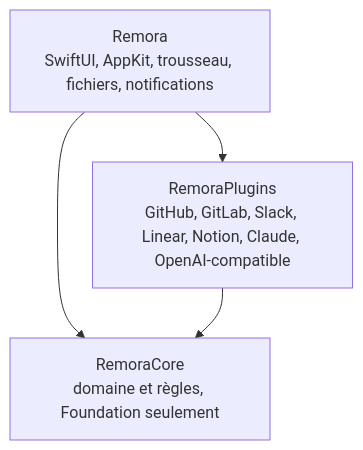
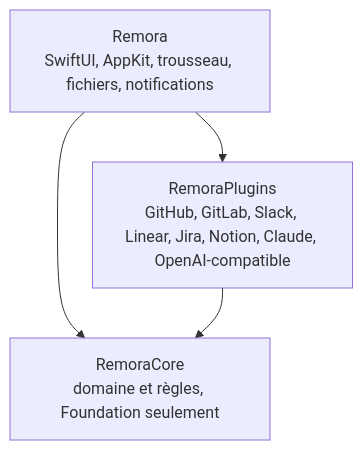
Before and after one commit to iGitScor/triage: the diagram in docs/fr/developper/index.md, drawn with Mermaid. The commit also changed 45 other files, not shown here.

````diff
--- a/docs/fr/developper/index.md
+++ b/docs/fr/developper/index.md
@@ -12,6 +12,6 @@
 ```mermaid
 flowchart TB
-  App["Remora<br/>SwiftUI, AppKit, trousseau, fichiers, notifications"] --> Plugins["RemoraPlugins<br/>GitHub, GitLab, Slack, Linear, Notion, Claude, OpenAI-compatible"]
+  App["Remora<br/>SwiftUI, AppKit, trousseau, fichiers, notifications"] --> Plugins["RemoraPlugins<br/>GitHub, GitLab, Slack, Linear, Jira, Notion, Claude, OpenAI-compatible"]
   App --> Core["RemoraCore<br/>domaine et règles, Foundation seulement"]
   Plugins --> Core
 ```
````
